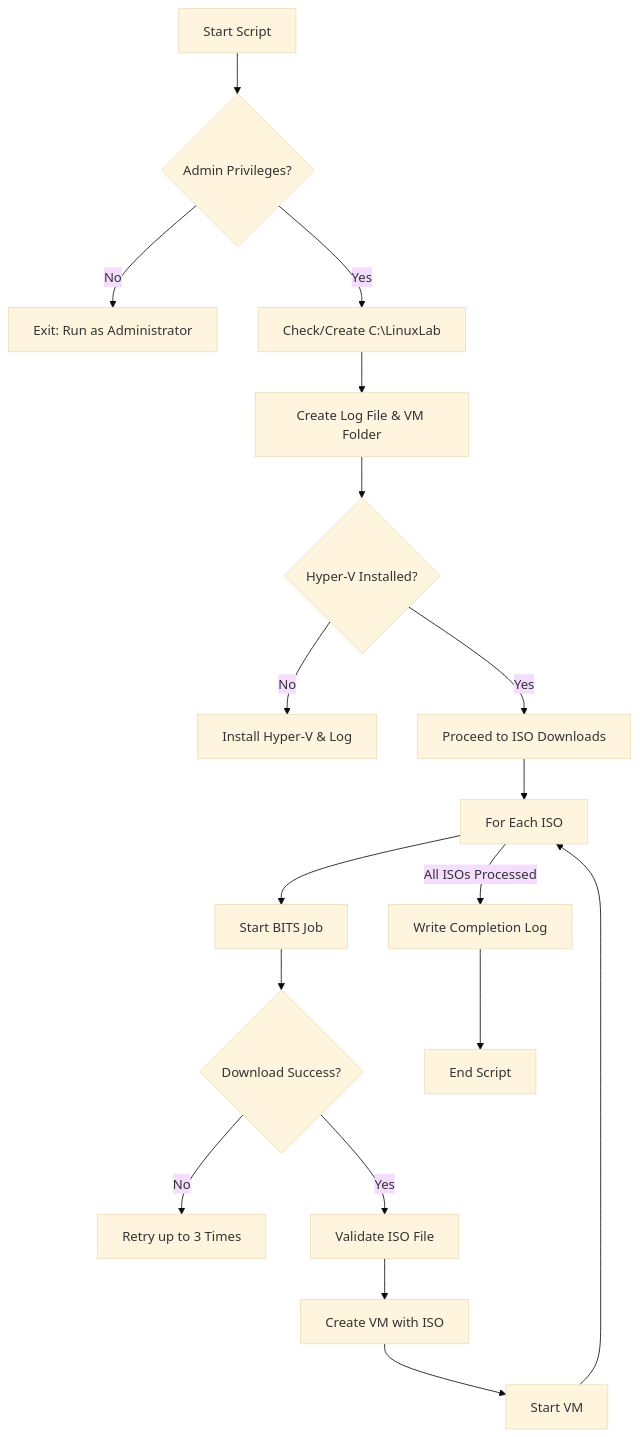
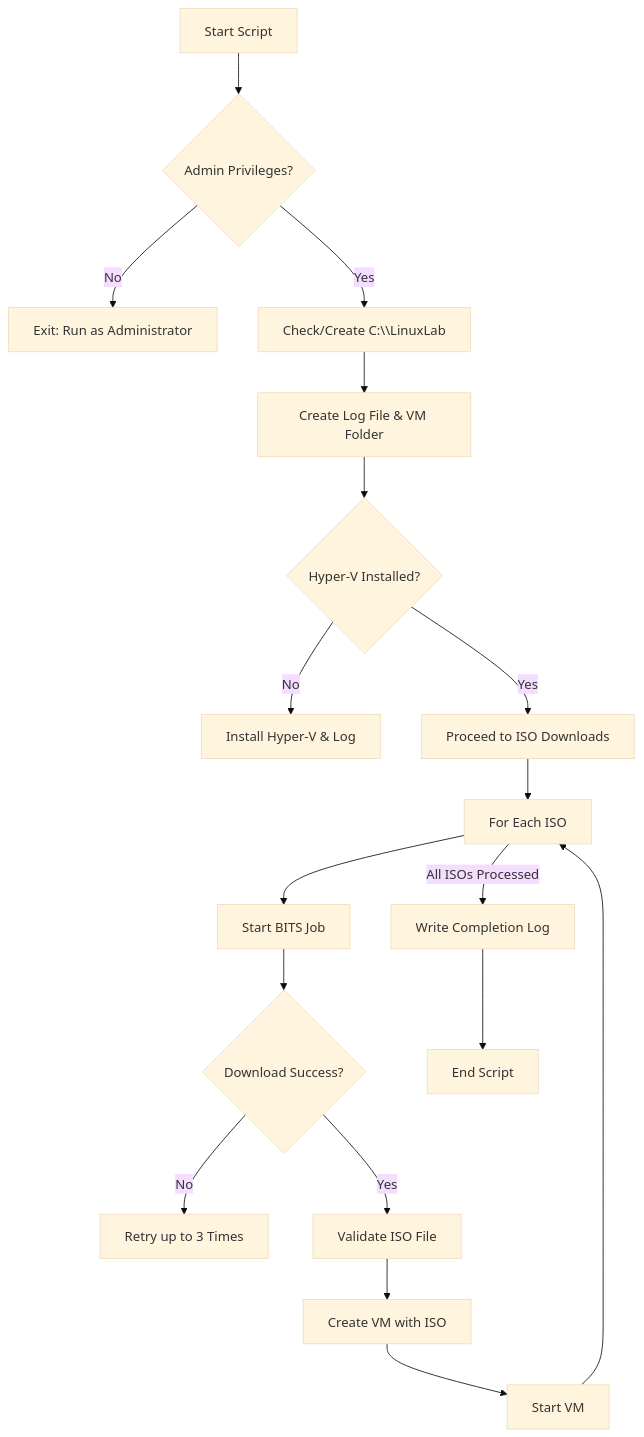
One commit to heisthesisko/azure-se-bootcamp changed the first of 2 diagrams in On_Premises_Workloads/modules/Module01.md. Above: the diagram before and after it, drawn with Mermaid (base theme). The commit also changed other lines of this file, not shown here.

````diff
--- a/On_Premises_Workloads/modules/Module01.md
+++ b/On_Premises_Workloads/modules/Module01.md
@@ -70,23 +20,23 @@
 ```mermaid
 flowchart TD
-    A[Start Script] --> B{Admin Privileges?}
-    B -- No --> Z[Exit: Run as Administrator]
-    B -- Yes --> C[Check/Create C:\LinuxLab]
-    C --> D[Create Log File & VM Folder]
-    D --> E{Hyper-V Installed?}
-    E -- No --> F[Install Hyper-V & Log]
-    E -- Yes --> G[Proceed to ISO Downloads]
+    A["Start Script"] --> B{"Admin Privileges?"}
+    B -- No --> Z["Exit: Run as Administrator"]
+    B -- Yes --> C["Check/Create C:\\LinuxLab"]
+    C --> D["Create Log File & VM Folder"]
+    D --> E{"Hyper-V Installed?"}
+    E -- No --> F["Install Hyper-V & Log"]
+    E -- Yes --> G["Proceed to ISO Downloads"]
 
-    G --> H[For Each ISO]
-    H --> I[Start BITS Job]
-    I --> J{Download Success?}
-    J -- No --> K[Retry up to 3 Times]
-    J -- Yes --> L[Validate ISO File]
+    G --> H["For Each ISO"]
+    H --> I["Start BITS Job"]
+    I --> J{"Download Success?"}
+    J -- No --> K["Retry up to 3 Times"]
+    J -- Yes --> L["Validate ISO File"]
 
-    L --> M[Create VM with ISO]
-    M --> N[Start VM]
+    L --> M["Create VM with ISO"]
+    M --> N["Start VM"]
     N --> H
 
-    H -->|All ISOs Processed| O[Write Completion Log]
-    O --> P[End Script]
+    H -->|All ISOs Processed| O["Write Completion Log"]
+    O --> P["End Script"]
 ```
````
